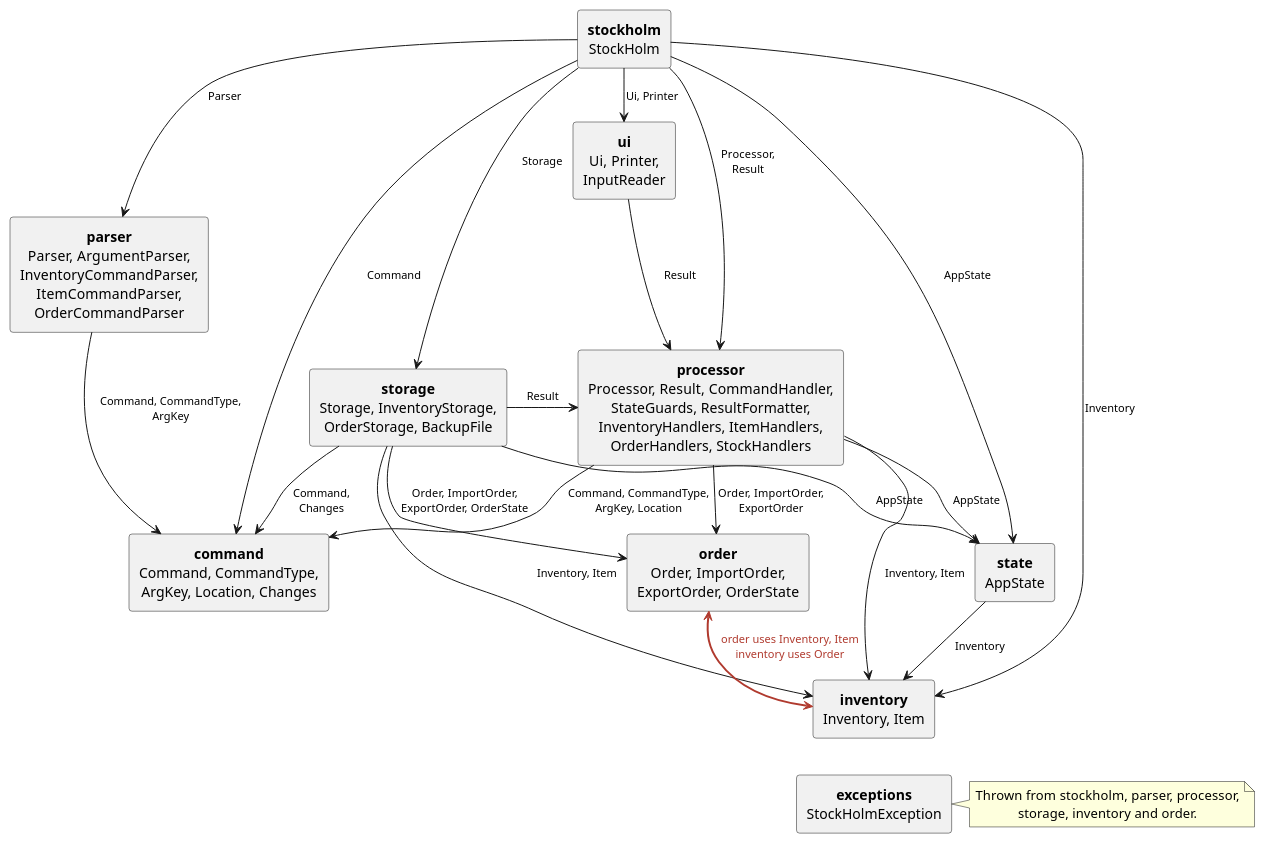
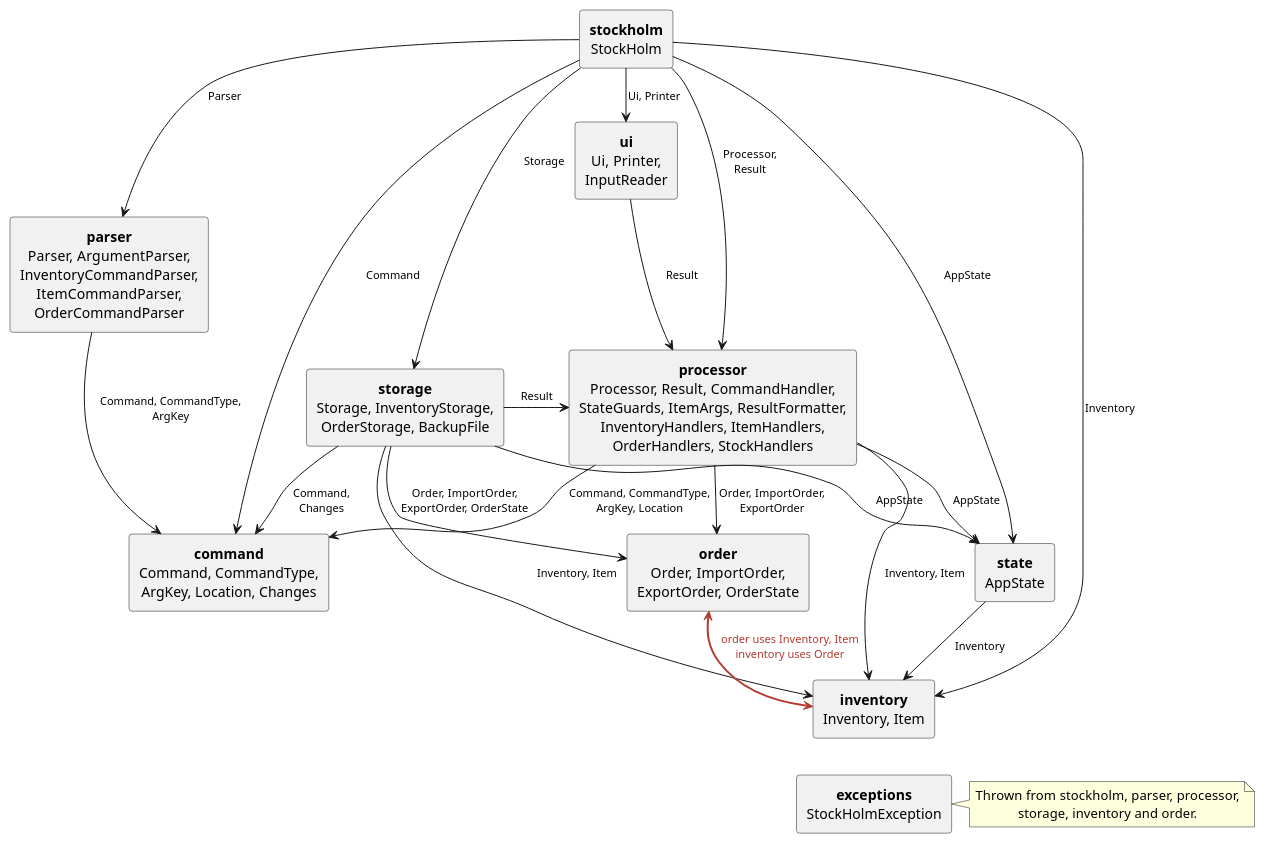
The diagram in docs/diagrams/CouplingDiagram.puml (AY2627S1-CS2113-W14-4/tp), drawn with PlantUML before and after one commit. The commit also changed 4 other files, not shown here.

```diff
--- a/docs/diagrams/CouplingDiagram.puml
+++ b/docs/diagrams/CouplingDiagram.puml
@@ -1,52 +1,52 @@
 @startuml
 !pragma layout smetana
 top to bottom direction
 skinparam defaultTextAlignment center
 skinparam ArrowFontSize 11
 skinparam rectangle {
     RoundCorner 6
 }
 
 ' One box per package, listing its classes. Each arrow means "some class in the source package uses
 ' these classes of the target package". Arrows into stockholm.exceptions are left out; see the note.
 
 rectangle "**stockholm**\nStockHolm" as main
 rectangle "**ui**\nUi, Printer,\nInputReader" as ui
 rectangle "**parser**\nParser, ArgumentParser,\nInventoryCommandParser,\nItemCommandParser,\nOrderCommandParser" as parser
 rectangle "**storage**\nStorage, InventoryStorage,\nOrderStorage, BackupFile" as storage
-rectangle "**processor**\nProcessor, Result, CommandHandler,\nStateGuards, ResultFormatter,\nInventoryHandlers, ItemHandlers,\nOrderHandlers, StockHandlers" as processor
+rectangle "**processor**\nProcessor, Result, CommandHandler,\nStateGuards, ItemArgs, ResultFormatter,\nInventoryHandlers, ItemHandlers,\nOrderHandlers, StockHandlers" as processor
 rectangle "**command**\nCommand, CommandType,\nArgKey, Location, Changes" as command
 rectangle "**state**\nAppState" as state
 rectangle "**order**\nOrder, ImportOrder,\nExportOrder, OrderState" as order
 rectangle "**inventory**\nInventory, Item" as inventory
 rectangle "**exceptions**\nStockHolmException" as exceptions
 
 main -down-> ui : Ui, Printer
 main -down-> parser : Parser
 main -down-> storage : Storage
 main -down-> processor : Processor,\nResult
 main -down-> state : AppState
 main -down-> command : Command
 main -down-> inventory : Inventory
 
 ui -down-> processor : Result
 parser -down-> command : Command, CommandType,\nArgKey
 storage -right-> processor : Result
 storage -down-> command : Command,\nChanges
 storage -down-> state : AppState
 storage -down-> order : Order, ImportOrder,\nExportOrder, OrderState
 storage -down-> inventory : Inventory, Item
 processor -down-> command : Command, CommandType,\nArgKey, Location
 processor -down-> state : AppState
 processor -down-> order : Order, ImportOrder,\nExportOrder
 processor -down-> inventory : Inventory, Item
 state -down-> inventory : Inventory
 ' order and inventory depend on each other (a package cycle), so they are drawn as one two-way arrow.
 order <-[#B03A2E,bold]down-> inventory : <color:#B03A2E>order uses Inventory, Item</color>\n<color:#B03A2E>inventory uses Order</color>
 
 note right of exceptions
     Thrown from stockholm, parser, processor,
     storage, inventory and order.
 end note
 inventory -[hidden]down-> exceptions
 @enduml
```
